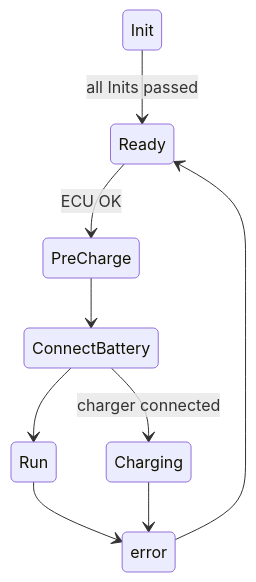
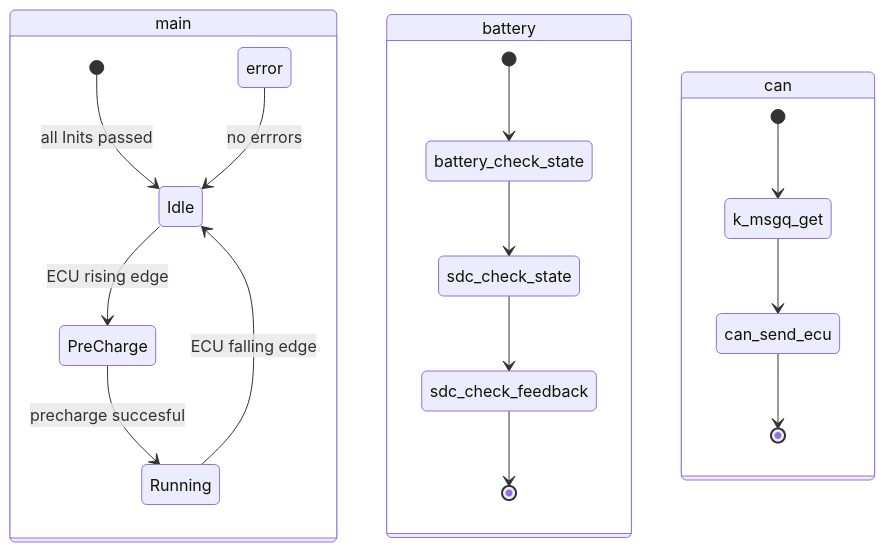
The second of 2 diagrams in README.md (renolluc/BMS_zephyr), drawn with Mermaid before and after one commit. The commit also changed other lines of this file, not shown here.

Commit message:
update class and state diagram

````diff
--- a/README.md
+++ b/README.md
@@ -126,14 +139,25 @@
 ```mermaid
 stateDiagram-v2
 
-Init --> Ready: all Inits passed
-Ready --> PreCharge: ECU OK
-PreCharge --> ConnectBattery
-ConnectBattery --> Run: 
-ConnectBattery --> Charging: charger connected
-Run --> error
-error --> Ready
-Charging --> error
- 
+state main{
+    [*] --> Idle: all Inits passed
+    error --> Idle: no errrors
+    Idle --> PreCharge: ECU rising edge
+    PreCharge --> Running : precharge succesful
+    Running --> Idle : ECU falling edge 
+}
+
+state battery{
+    [*] --> battery_check_state
+    battery_check_state --> sdc_check_state
+    sdc_check_state --> sdc_check_feedback
+    sdc_check_feedback --> [*]
+}
+
+state can{
+    [*] --> k_msgq_get
+    k_msgq_get --> can_send_ecu
+    can_send_ecu --> [*]
+}
 
 ```
````
